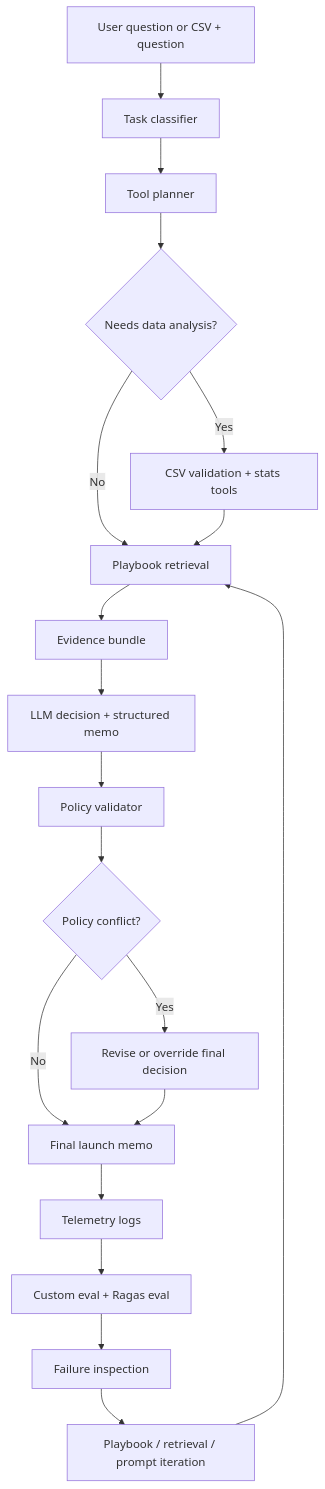
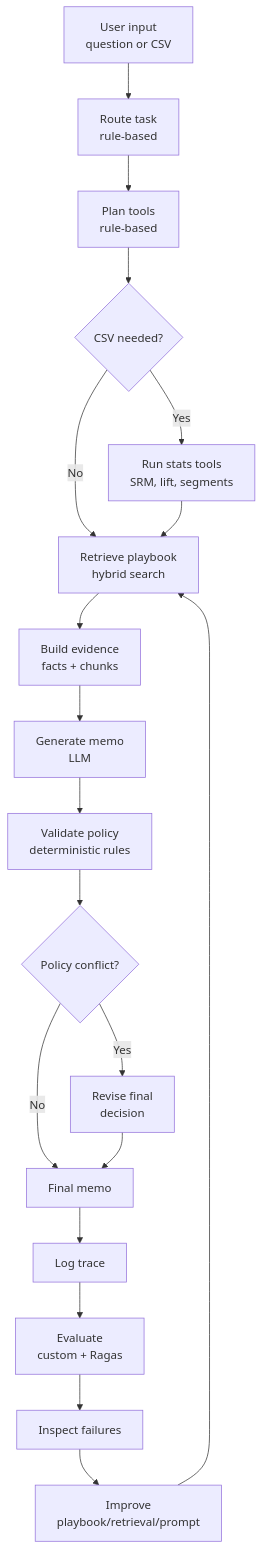
Before and after one commit to zzczdhc/EvalRAG-Agent-Evaluation-Driven-Agentic-RAG-for-Product-Experimentation-and-Recommendation-Analytics: the diagram in README.md, drawn with Mermaid. The commit also changed other lines of this file, not shown here.

Commit message:
Clarify agentic workflow in README

````diff
--- a/README.md
+++ b/README.md
@@ -33,21 +33,21 @@
 ```mermaid
 flowchart TD
-    A[User question or CSV + question] --> B[Task classifier]
-    B --> C[Tool planner]
-    C --> D{Needs data analysis?}
-    D -- Yes --> E[CSV validation + stats tools]
-    D -- No --> F[Playbook retrieval]
-    E --> F[Playbook retrieval]
-    F --> G[Evidence bundle]
-    G --> H[LLM decision + structured memo]
-    H --> I[Policy validator]
-    I --> J{Policy conflict?}
-    J -- Yes --> K[Revise or override final decision]
-    J -- No --> L[Final launch memo]
+    A["User input<br/>question or CSV"] --> B["Route task<br/>rule-based"]
+    B --> C["Plan tools<br/>rule-based"]
+    C --> D{"CSV needed?"}
+    D -- "Yes" --> E["Run stats tools<br/>SRM, lift, segments"]
+    D -- "No" --> F["Retrieve playbook<br/>hybrid search"]
+    E --> F
+    F --> G["Build evidence<br/>facts + chunks"]
+    G --> H["Generate memo<br/>LLM"]
+    H --> I["Validate policy<br/>deterministic rules"]
+    I --> J{"Policy conflict?"}
+    J -- "Yes" --> K["Revise final<br/>decision"]
+    J -- "No" --> L["Final memo"]
     K --> L
-    L --> M[Telemetry logs]
-    M --> N[Custom eval + Ragas eval]
-    N --> O[Failure inspection]
-    O --> P[Playbook / retrieval / prompt iteration]
+    L --> M["Log trace"]
+    M --> N["Evaluate<br/>custom + Ragas"]
+    N --> O["Inspect failures"]
+    O --> P["Improve<br/>playbook/retrieval/prompt"]
     P --> F
 ```
````
